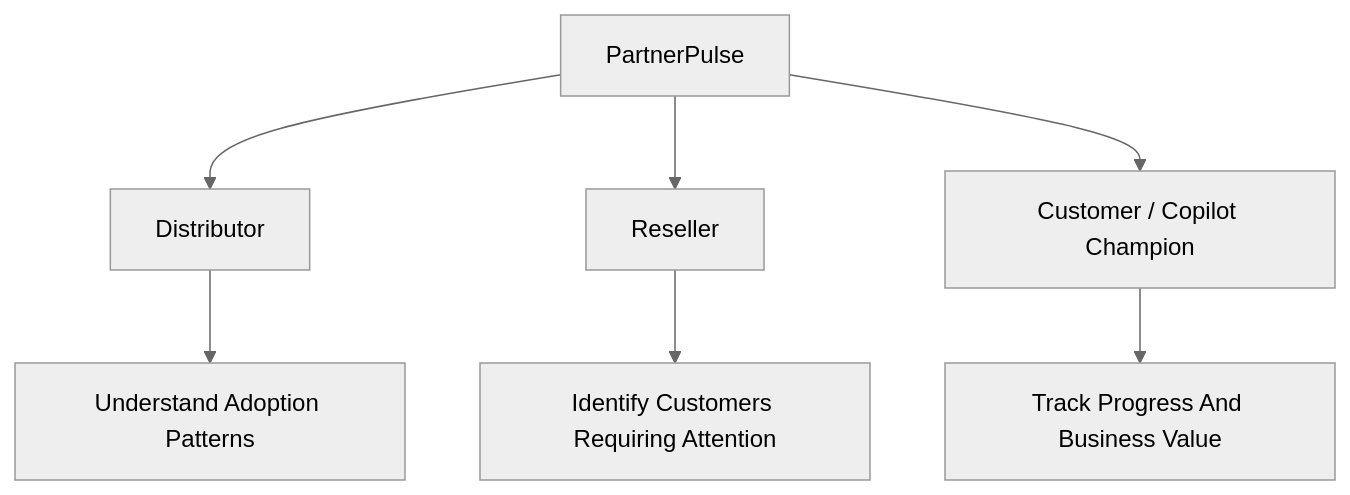
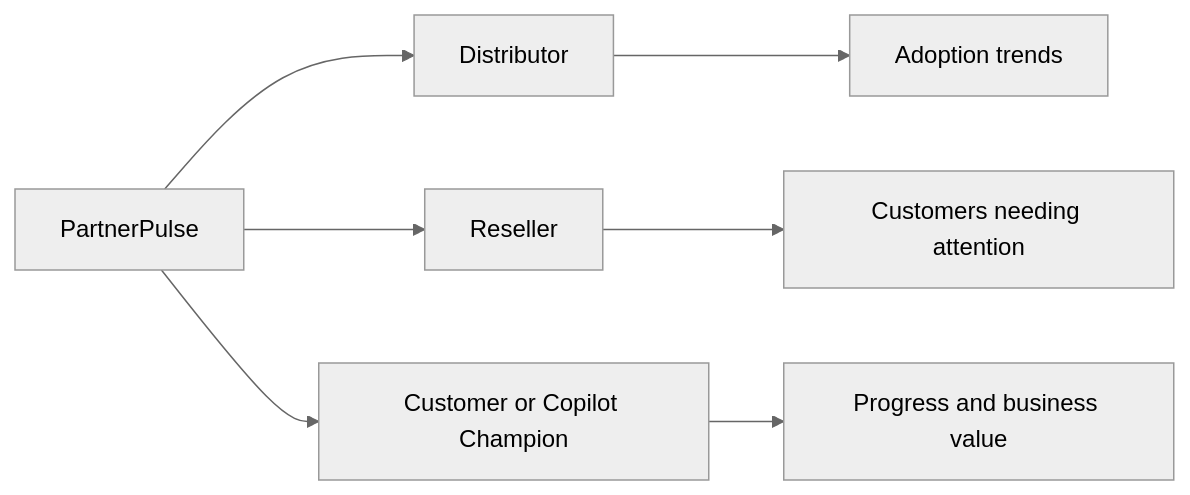
The second of 3 diagrams in README.md (reyestech/PartnerPulse-Agent-Workspace), drawn with Mermaid (neutral theme) before and after one commit. The commit also changed other lines of this file, not shown here.

````diff
--- a/README.md
+++ b/README.md
@@ -132,15 +87,10 @@
 ```mermaid
-flowchart TD
-
-PP["PartnerPulse"]
-
-PP --> D["Distributor"]
-PP --> R["Reseller"]
-PP --> C["Customer / Copilot Champion"]
-
-D --> D1["Understand Adoption Patterns"]
-
-R --> R1["Identify Customers Requiring Attention"]
-
-C --> C1["Track Progress And Business Value"]
+flowchart LR
+    P[PartnerPulse]
+    P --> D[Distributor]
+    P --> R[Reseller]
+    P --> C[Customer or Copilot Champion]
+    D --> D1[Adoption trends]
+    R --> R1[Customers needing attention]
+    C --> C1[Progress and business value]
 ```
````
